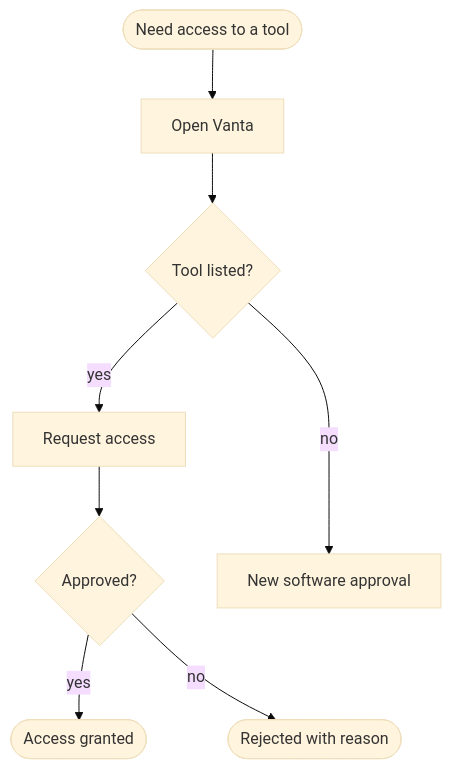
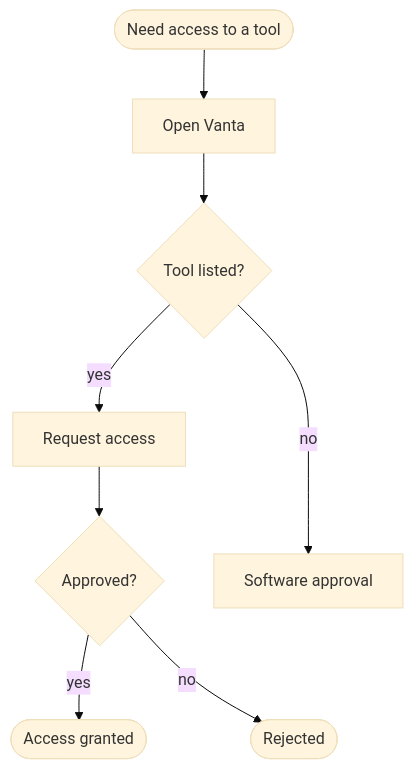
Before and after one commit to ultralytics/handbook: the diagram in docs/en/tools/software.md, drawn with Mermaid (base theme). The commit also changed 8 other files, not shown here.

First line of the commit message:
Address review findings and tune diagrams for the dagre layout

````diff
--- a/docs/en/tools/software.md
+++ b/docs/en/tools/software.md
@@ -90,12 +90,12 @@
 ```mermaid
 flowchart TD
     A([Need access to a tool]) --> B[Open Vanta]
     B --> C{Tool listed?}
     C -->|yes| E[Request access]
-    C -->|no| D[New software approval]
+    C -->|no| D[Software approval]
     E --> F{Approved?}
     F -->|yes| G([Access granted])
-    F -->|no| H([Rejected with reason]):::error
+    F -->|no| H([Rejected]):::error
     D ~~~ H
     click D "#3-software-approval-vendor-lifecycle"
 ```
````
